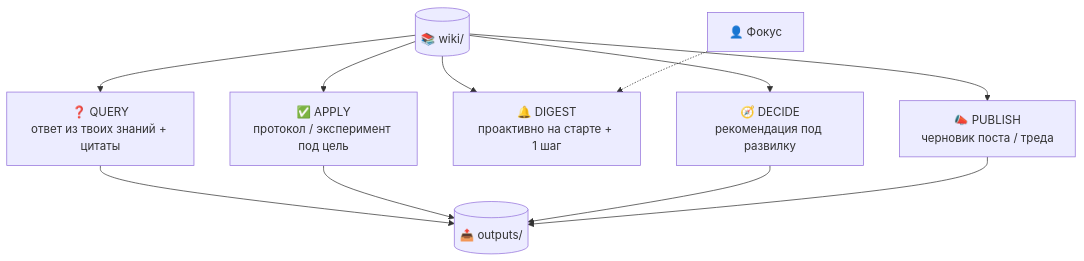
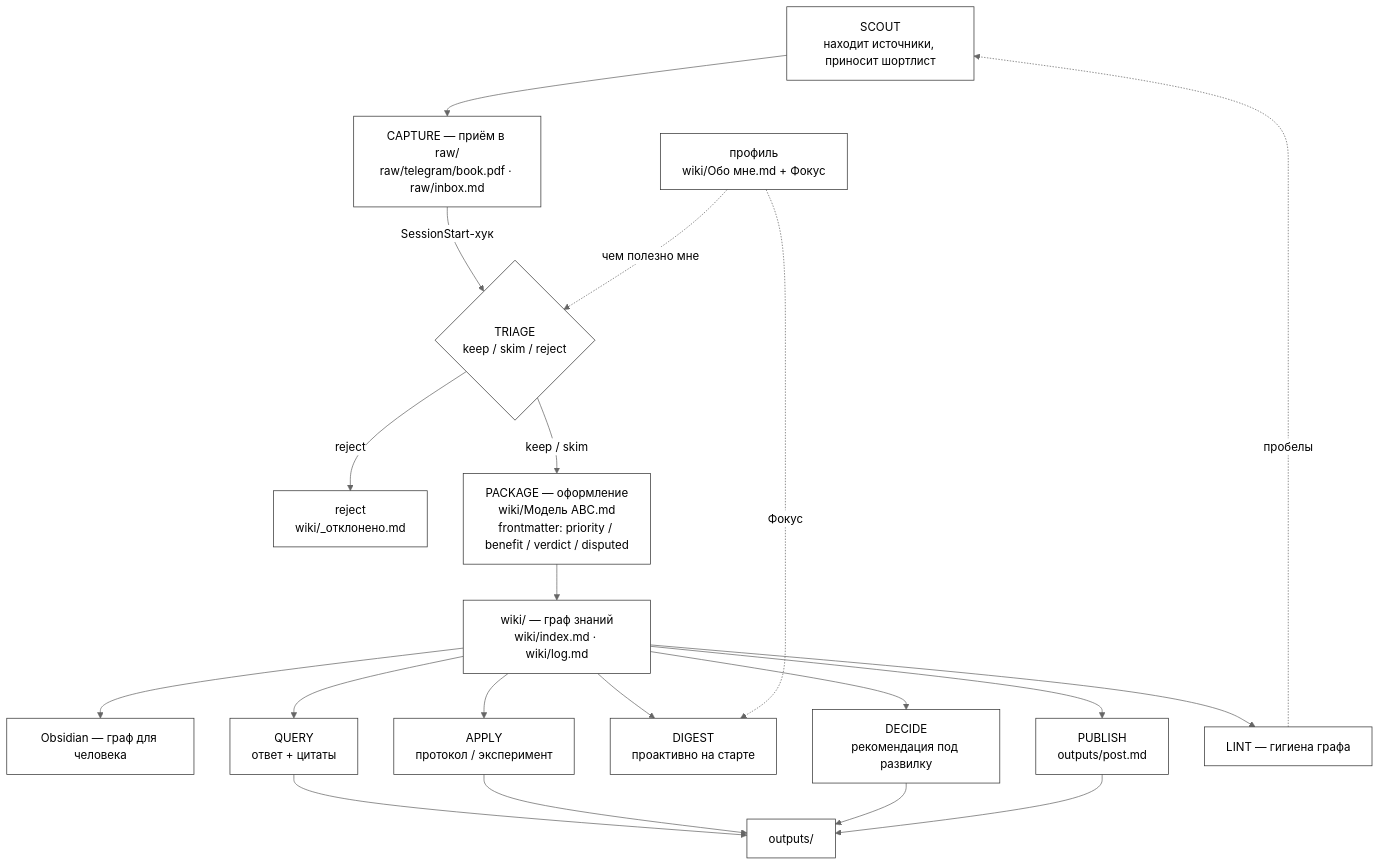
Before and after one commit to cryptoyoginya/second-brain: the diagram in README.md, drawn with Mermaid. The commit also changed other lines of this file, not shown here.

Commit message:
docs: README — одна вертикальная Ч/Б схема пайплайна (инженерный стиль)
Без эмодзи и цвета (monochrome classDef), вертикально (TD), одна картинка вместо
split+details. Этапы названы как в пайпе (scout/capture/triage/package/query/
apply/digest/decide/publish/lint) + примеры файлов (raw/telegram/book.pdf,
wiki/Модель ABC.md, wiki/_отклонено.md, outputs/post.md и т.д.).

````diff
--- a/README.md
+++ b/README.md
@@ -73,13 +43,42 @@
 ```mermaid
+%%{init: {'theme':'neutral'}}%%
 flowchart TD
-    WIKI[("📚 wiki/")] --> QUERY["❓ QUERY<br/>ответ из твоих знаний + цитаты"]
-    WIKI --> APPLY["✅ APPLY<br/>протокол / эксперимент под цель"]
-    WIKI --> DIGEST["🔔 DIGEST<br/>проактивно на старте + 1 шаг"]
-    WIKI --> DECIDE["🧭 DECIDE<br/>рекомендация под развилку"]
-    WIKI --> PUBLISH["📣 PUBLISH<br/>черновик поста / треда"]
-    PROFILE["👤 Фокус"] -.-> DIGEST
-    QUERY --> OUT[("📤 outputs/")]
+    SCOUT["SCOUT<br/>находит источники, приносит шортлист"]
+    CAPTURE["CAPTURE — приём в raw/<br/>raw/telegram/book.pdf · raw/inbox.md"]
+    TRIAGE{"TRIAGE<br/>keep / skim / reject"}
+    REJECT["reject<br/>wiki/_отклонено.md"]
+    PACKAGE["PACKAGE — оформление<br/>wiki/Модель ABC.md<br/>frontmatter: priority / benefit / verdict / disputed"]
+    WIKI["wiki/ — граф знаний<br/>wiki/index.md · wiki/log.md"]
+    OBS["Obsidian — граф для человека"]
+    PROFILE["профиль<br/>wiki/Обо мне.md + Фокус"]
+    QUERY["QUERY<br/>ответ + цитаты"]
+    APPLY["APPLY<br/>протокол / эксперимент"]
+    DIGEST["DIGEST<br/>проактивно на старте"]
+    DECIDE["DECIDE<br/>рекомендация под развилку"]
+    PUBLISH["PUBLISH<br/>outputs/post.md"]
+    OUT["outputs/"]
+    LINT["LINT — гигиена графа"]
+
+    SCOUT --> CAPTURE
+    CAPTURE -->|"SessionStart-хук"| TRIAGE
+    PROFILE -.->|"чем полезно мне"| TRIAGE
+    TRIAGE -->|"reject"| REJECT
+    TRIAGE -->|"keep / skim"| PACKAGE
+    PACKAGE --> WIKI
+    WIKI --> OBS
+    WIKI --> QUERY
+    WIKI --> APPLY
+    WIKI --> DIGEST
+    WIKI --> DECIDE
+    WIKI --> PUBLISH
+    PROFILE -.->|"Фокус"| DIGEST
+    QUERY --> OUT
     APPLY --> OUT
     DECIDE --> OUT
     PUBLISH --> OUT
+    WIKI --> LINT
+    LINT -.->|"пробелы"| SCOUT
+
+    classDef mono fill:#ffffff,stroke:#333,stroke-width:1px,color:#000;
+    class SCOUT,CAPTURE,TRIAGE,REJECT,PACKAGE,WIKI,OBS,PROFILE,QUERY,APPLY,DIGEST,DECIDE,PUBLISH,OUT,LINT mono;
 ```
````
